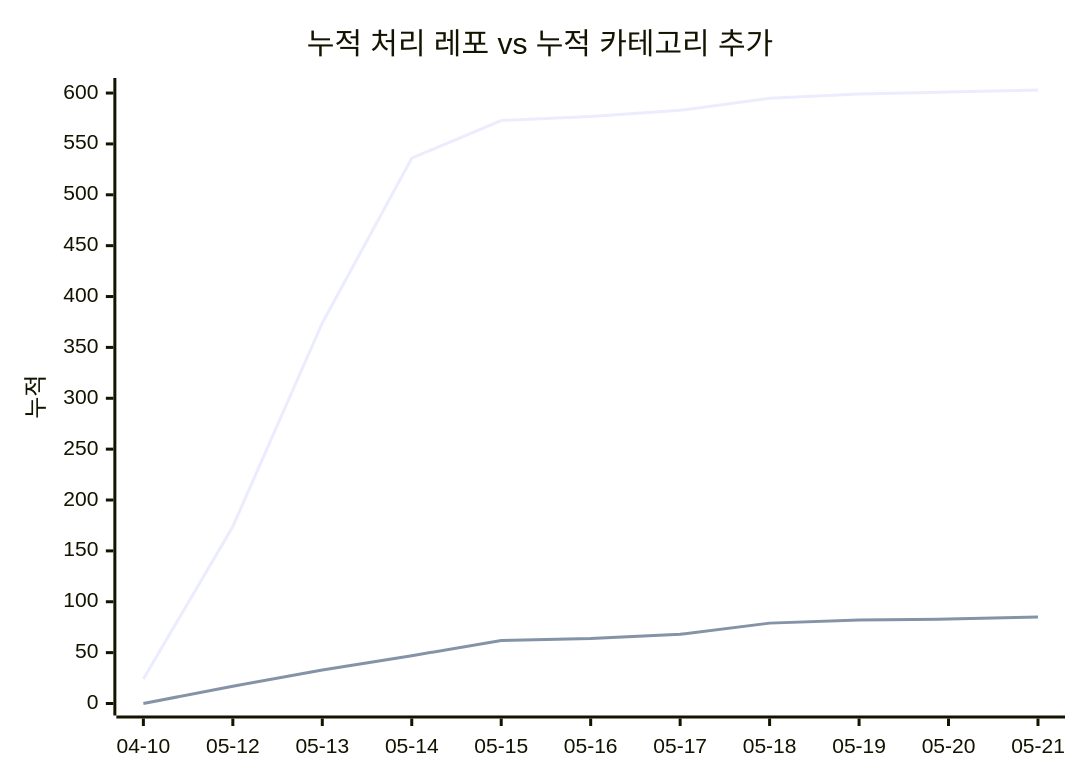
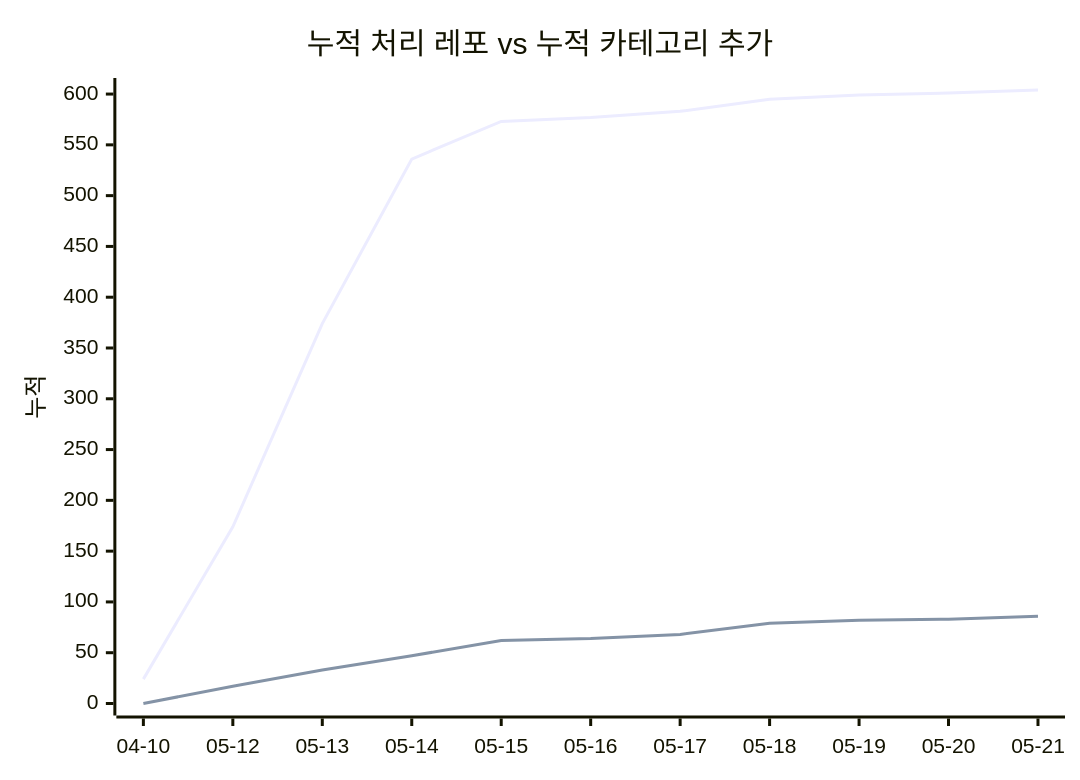
Before and after one commit to J-nowcow/awesome-korean-agent-skills: the second of 2 diagrams in docs/trends.md, drawn with Mermaid. The commit also changed other lines of this file and 4 other files, not shown here.

````diff
--- a/docs/trends.md
+++ b/docs/trends.md
@@ -65,8 +65,8 @@
 ```mermaid
 xychart-beta
     title "누적 처리 레포 vs 누적 카테고리 추가"
     x-axis ["04-10","05-12","05-13","05-14","05-15","05-16","05-17","05-18","05-19","05-20","05-21"]
     y-axis "누적"
-    line [24,174,374,536,573,577,583,595,599,601,603]
-    line [0,17,33,47,62,64,68,79,82,83,85]
+    line [24,174,374,536,573,577,583,595,599,601,604]
+    line [0,17,33,47,62,64,68,79,82,83,86]
 ```
````
